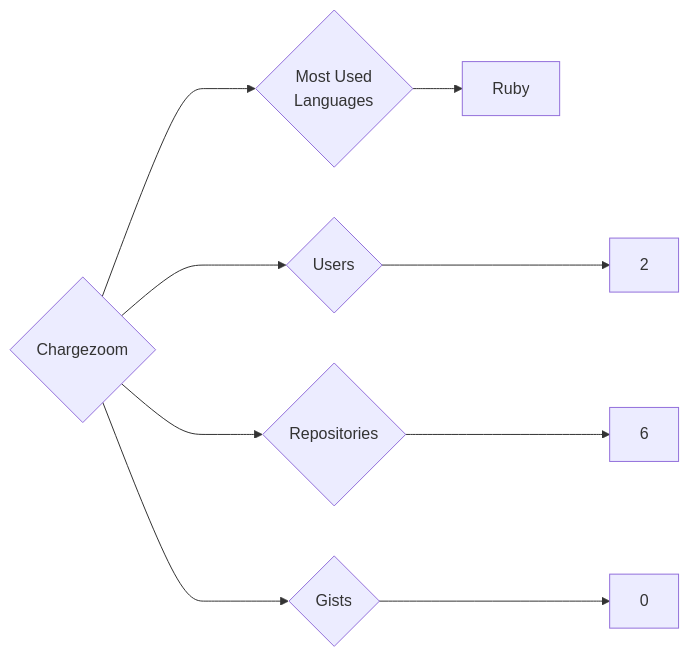
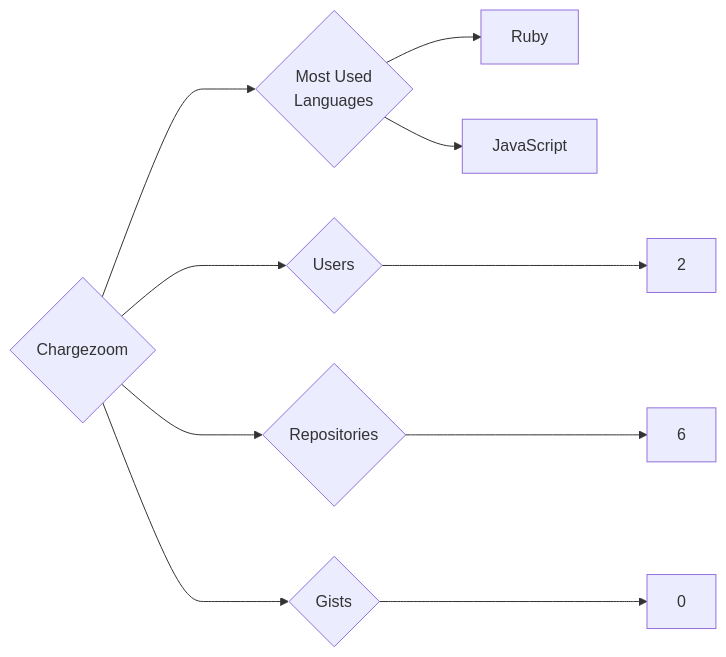
Before and after one commit to trickest/insiders: the diagram in targets/Chargezoom/README.md, drawn with Mermaid. The commit also changed 874 other files, not shown here.

````diff
--- a/targets/Chargezoom/README.md
+++ b/targets/Chargezoom/README.md
@@ -3,9 +3,10 @@
 ```mermaid
 graph LR
 COMPANY_NAME{Chargezoom}
 COMPANY_NAME ---> U{Users} ---> UN[2]
 COMPANY_NAME ---> R{Repositories} ---> RN[6]
 COMPANY_NAME ---> G{Gists} ---> GN[0]
 COMPANY_NAME ---> ML{Most Used<br>Languages}
 ML --> Ruby[Ruby]
+ML --> JavaScript[JavaScript]
 ```
````
